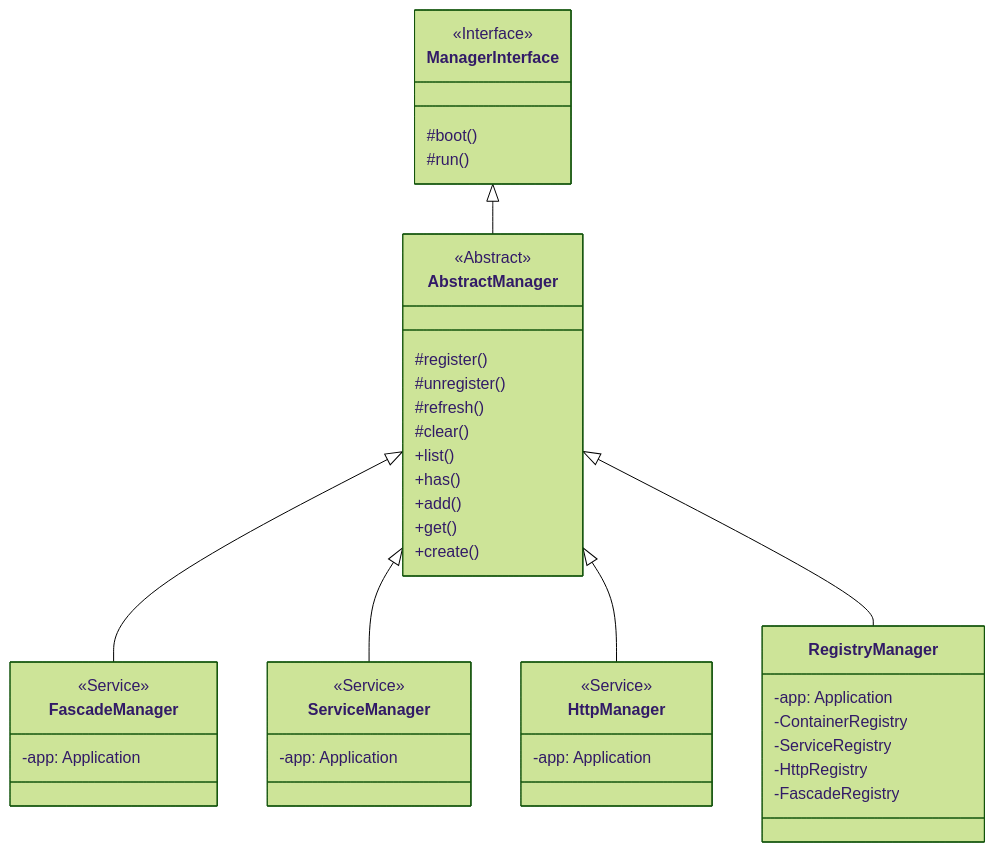
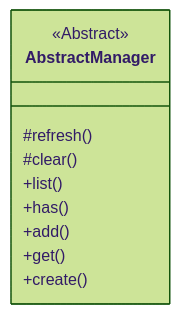
One commit to mnaatjes/sandbox-php changed the fourth of 5 diagrams in docs/features/feature-application.md. Above: the diagram before and after it, drawn with Mermaid (forest theme). The commit also changed other lines of this file, not shown here.

Commit message:
application boot mapped

````diff
--- a/docs/features/feature-application.md
+++ b/docs/features/feature-application.md
@@ -454,54 +382,14 @@
 ```mermaid
 classDiagram
   direction TD
-  class ManagerInterface {
-    <<Interface>>
-    #boot()
-    #run()
-  }
-
   class AbstractManager {
     <<Abstract>>
-    #register()
-    #unregister()
     #refresh()
     #clear()
     +list()
     +has()
     +add()
     +get()
     +create()
   }
-
-  class FascadeManager {
-    <<Service>>
-    -app: Application
-  }
-
-  class ServiceManager {
-    <<Service>>
-    -app: Application
-  }
-
-  class HttpManager {
-    <<Service>>
-    -app: Application
-  }
-
-  class RegistryManager {
-    -app: Application
-    -ContainerRegistry
-    -ServiceRegistry
-    -HttpRegistry
-    -FascadeRegistry
-  }
-
-  %% Relationship: AbstractManager IMPLEMENTS ManagerInterface
-  %% Relationship: *Manager EXTENDS AbstractManager
-  ManagerInterface <|-- AbstractManager
-  AbstractManager <|-- FascadeManager
-  AbstractManager <|-- ServiceManager
-  AbstractManager <|-- HttpManager
-  AbstractManager <|-- RegistryManager
-
 ```
````
